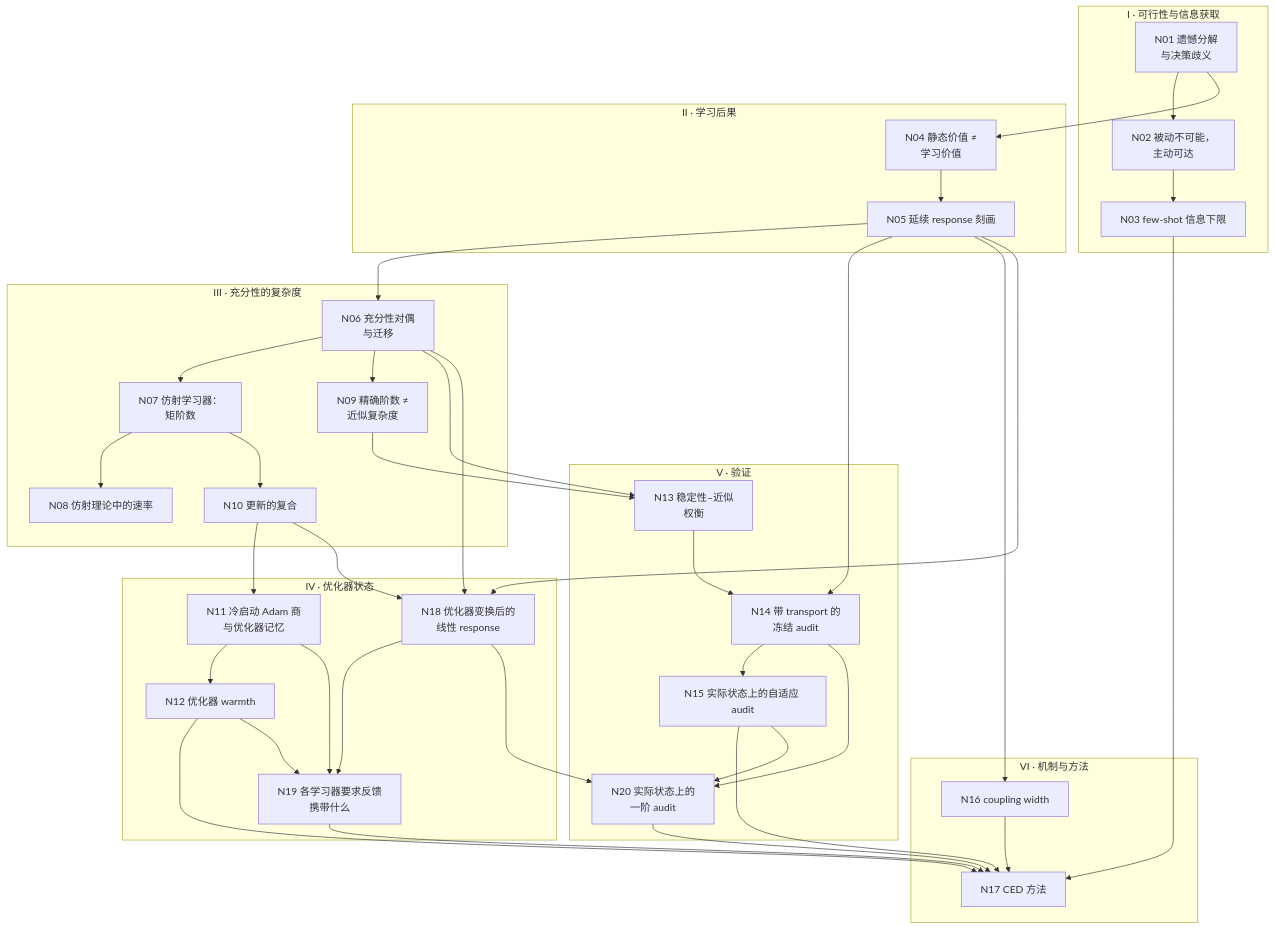
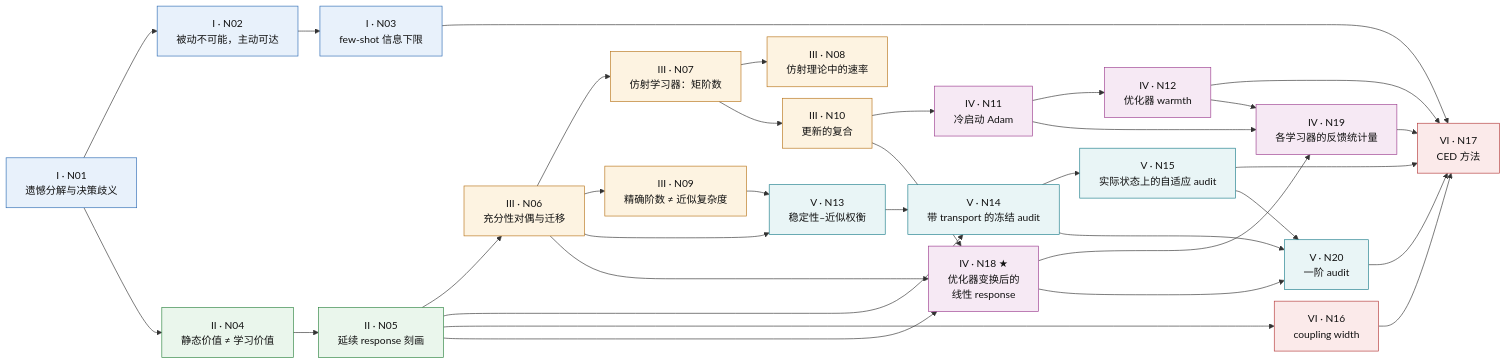
Before and after one commit to XueqiC/ICML27_agent_distillation: the second of 2 diagrams in theoretical_framework/README_ZH.md, drawn with Mermaid. The commit also changed other lines of this file and 5 other files, not shown here.

First line of the commit message:
Docs: breadth-first README (levels 0-3, landscape graphs) and a file-view render check

````diff
--- a/theoretical_framework/README_ZH.md
+++ b/theoretical_framework/README_ZH.md
@@ -59,59 +119,55 @@
 ```mermaid
-flowchart TD
-  subgraph I["I · 可行性与信息获取"]
-    N01["N01 遗憾分解<br/>与决策歧义"]
-    N02["N02 被动不可能，<br/>主动可达"]
-    N03["N03 few-shot 信息下限"]
-  end
-  subgraph II["II · 学习后果"]
-    N04["N04 静态价值 ≠<br/>学习价值"]
-    N05["N05 延续 response 刻画"]
-  end
-  subgraph III["III · 充分性的复杂度"]
-    N06["N06 充分性对偶<br/>与迁移"]
-    N07["N07 仿射学习器：<br/>矩阶数"]
-    N08["N08 仿射理论中的速率"]
-    N09["N09 精确阶数 ≠<br/>近似复杂度"]
-    N10["N10 更新的复合"]
-  end
-  subgraph IV["IV · 优化器状态"]
-    N11["N11 冷启动 Adam 商<br/>与优化器记忆"]
-    N12["N12 优化器 warmth"]
-    N18["N18 优化器变换后的<br/>线性 response"]
-    N19["N19 各学习器要求反馈<br/>携带什么"]
-  end
-  subgraph V["V · 验证"]
-    N13["N13 稳定性–近似<br/>权衡"]
-    N14["N14 带 transport 的<br/>冻结 audit"]
-    N15["N15 实际状态上的自适应 audit"]
-    N20["N20 实际状态上的<br/>一阶 audit"]
-  end
-  subgraph VI["VI · 机制与方法"]
-    N16["N16 coupling width"]
-    N17["N17 CED 方法"]
-  end
+%%{init: {"flowchart": {"nodeSpacing": 18, "rankSpacing": 32}}}%%
+flowchart LR
+  N01["I · N01<br/>遗憾分解与决策歧义"]:::b1
+  N02["I · N02<br/>被动不可能，主动可达"]:::b1
+  N03["I · N03<br/>few-shot 信息下限"]:::b1
+  N04["II · N04<br/>静态价值 ≠ 学习价值"]:::b2
+  N05["II · N05<br/>延续 response 刻画"]:::b2
+  N06["III · N06<br/>充分性对偶与迁移"]:::b3
+  N07["III · N07<br/>仿射学习器：矩阶数"]:::b3
+  N08["III · N08<br/>仿射理论中的速率"]:::b3
+  N09["III · N09<br/>精确阶数 ≠ 近似复杂度"]:::b3
+  N10["III · N10<br/>更新的复合"]:::b3
+  N11["IV · N11<br/>冷启动 Adam"]:::b4
+  N12["IV · N12<br/>优化器 warmth"]:::b4
+  N18["IV · N18 ★<br/>优化器变换后的<br/>线性 response"]:::b4
+  N19["IV · N19<br/>各学习器的反馈统计量"]:::b4
+  N13["V · N13<br/>稳定性–近似权衡"]:::b5
+  N14["V · N14<br/>带 transport 的冻结 audit"]:::b5
+  N15["V · N15<br/>实际状态上的自适应 audit"]:::b5
+  N20["V · N20<br/>一阶 audit"]:::b5
+  N16["VI · N16<br/>coupling width"]:::b6
+  N17["VI · N17<br/>CED 方法"]:::b6
   N01 --> N02 --> N03
   N01 --> N04 --> N05
   N05 --> N06
   N06 --> N07 --> N08
   N06 --> N09 --> N13
   N07 --> N10 --> N11 --> N12
   N06 --> N13 --> N14
   N05 --> N14 --> N15
   N05 --> N16
   N03 --> N17
   N12 --> N17
   N15 --> N17
   N16 --> N17
   N05 --> N18
   N06 --> N18
   N10 --> N18
   N18 --> N19
   N11 --> N19
   N12 --> N19
   N18 --> N20
   N14 --> N20
   N15 --> N20
   N19 --> N17
   N20 --> N17
+  N03 ~~~ N06
+  classDef b1 fill:#e8f1fb,stroke:#2f6db5,color:#111
+  classDef b2 fill:#eaf6ec,stroke:#2e8540,color:#111
+  classDef b3 fill:#fdf3e1,stroke:#b8741a,color:#111
+  classDef b4 fill:#f6e9f4,stroke:#9c3d8f,color:#111
+  classDef b5 fill:#e9f5f6,stroke:#1f7f8c,color:#111
+  classDef b6 fill:#fbeaea,stroke:#b53b3b,color:#111
 ```
````
